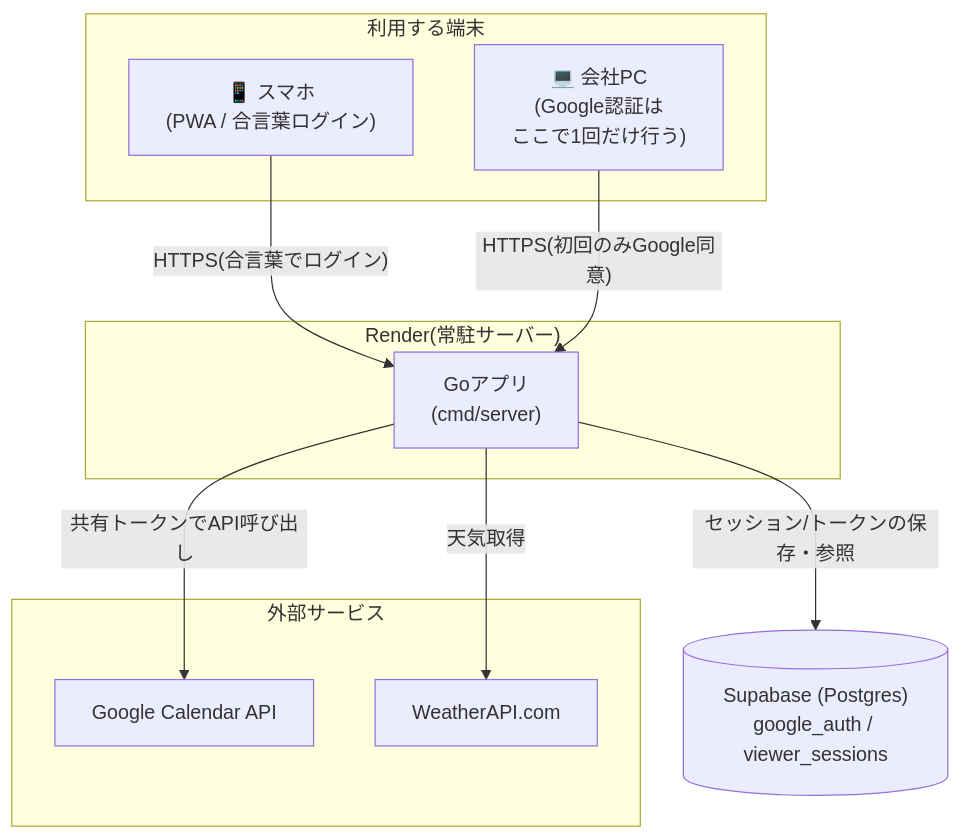
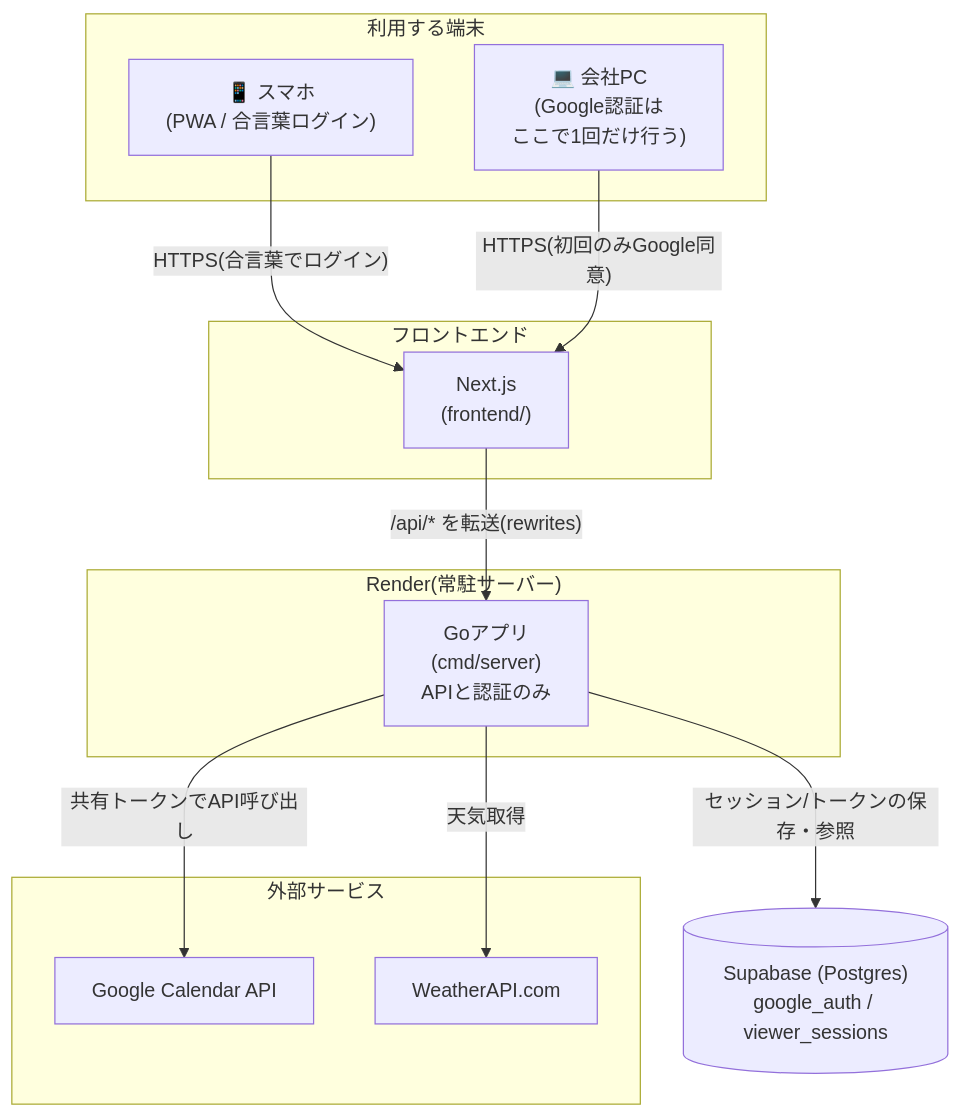
Before and after one commit to rkoike-cpu/Private_calendar: the first of 2 diagrams in ARCHITECTURE.md, drawn with Mermaid. The commit also changed other lines of this file and 3 other files, not shown here.

First line of the commit message:
Update design docs for the Next.js frontend

````diff
--- a/ARCHITECTURE.md
+++ b/ARCHITECTURE.md
@@ -7,25 +7,30 @@
 ```mermaid
 flowchart TB
     subgraph devices["利用する端末"]
         Phone["📱 スマホ<br/>(PWA / 合言葉ログイン)"]
         CompanyPC["💻 会社PC<br/>(Google認証は<br/>ここで1回だけ行う)"]
     end
 
+    subgraph front["フロントエンド"]
+        Next["Next.js<br/>(frontend/)"]
+    end
+
     subgraph render["Render(常駐サーバー)"]
-        Server["Goアプリ<br/>(cmd/server)"]
+        Server["Goアプリ<br/>(cmd/server)<br/>APIと認証のみ"]
     end
 
     subgraph external["外部サービス"]
         Google["Google Calendar API"]
         WeatherAPI["WeatherAPI.com"]
     end
 
     Supabase[("Supabase (Postgres)<br/>google_auth / viewer_sessions")]
 
-    Phone -- "HTTPS(合言葉でログイン)" --> Server
-    CompanyPC -- "HTTPS(初回のみGoogle同意)" --> Server
+    Phone -- "HTTPS(合言葉でログイン)" --> Next
+    CompanyPC -- "HTTPS(初回のみGoogle同意)" --> Next
+    Next -- "/api/* を転送(rewrites)" --> Server
 
     Server -- "セッション/トークンの保存・参照" --> Supabase
     Server -- "共有トークンでAPI呼び出し" --> Google
     Server -- "天気取得" --> WeatherAPI
 ```
````
